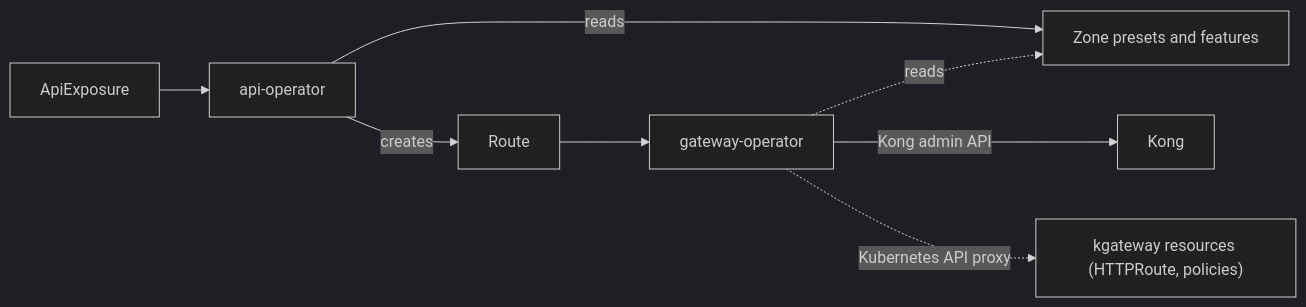
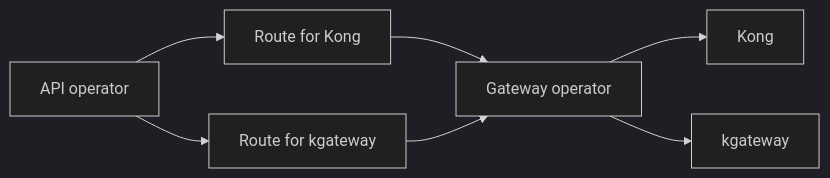
The third of 5 diagrams in docs/decisions/0006-migrate-zones-with-kong-as-fallback.md (telekom/gateway), drawn with Mermaid (dark theme) before and after one commit. The commit also changed other lines of this file, not shown here.

Commit message:
docs: compare control plane route and operator architectures

````diff
--- a/docs/decisions/0006-migrate-zones-with-kong-as-fallback.md
+++ b/docs/decisions/0006-migrate-zones-with-kong-as-fallback.md
@@ -187,10 +216,9 @@
-```mermaid
-flowchart LR
-    exposure[ApiExposure] --> apiop[api-operator]
-    apiop -- reads --> zone[Zone presets and features]
-    apiop -- creates --> route[Route]
-    route --> gwop[gateway-operator]
-    gwop -. reads .-> zone
-    gwop -- "Kong admin API" --> kong[Kong]
-    gwop -. "Kubernetes API proxy" .-> kgw["kgateway resources (HTTPRoute, policies)"]
-```
+  ```mermaid
+  flowchart LR
+      api[API operator] --> kr["Route for Kong"]
+      api --> gr["Route for kgateway"]
+      kr --> operator["Gateway operator"]
+      gr --> operator
+      operator --> kong[Kong]
+      operator --> kgateway[kgateway]
+  ```
````
